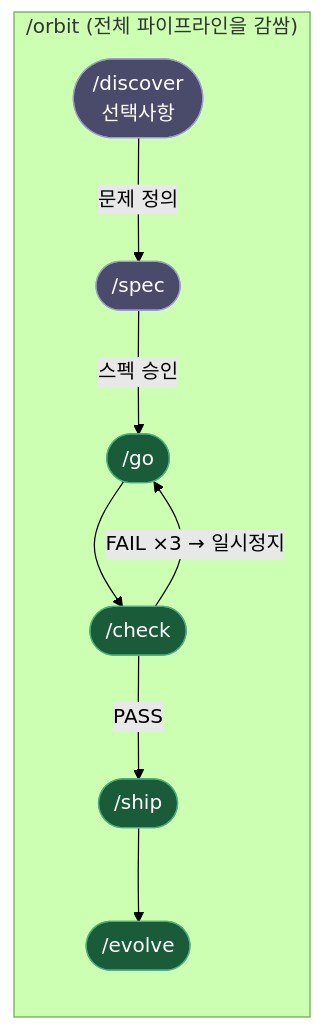
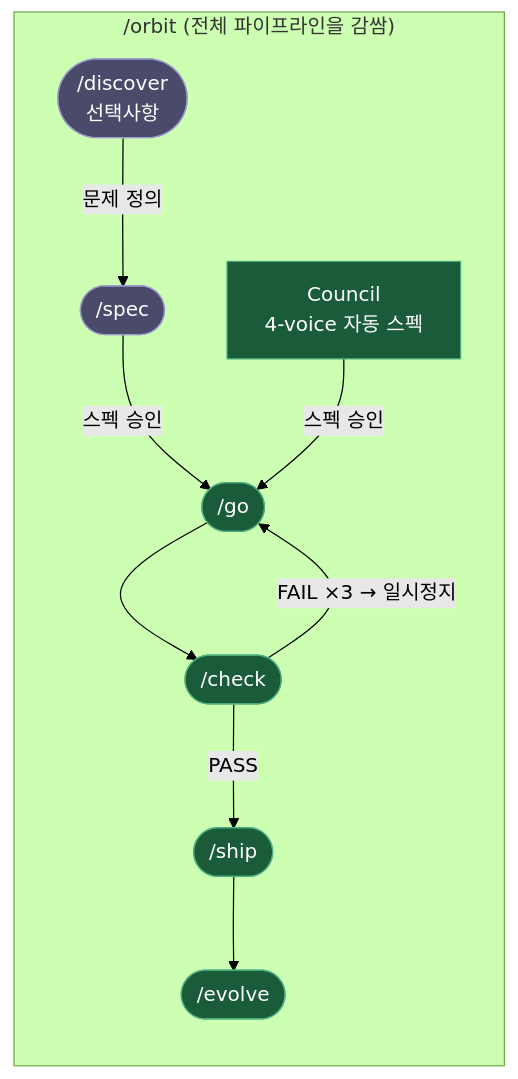
One commit to epicsagas/epic-harness changed the third of 3 diagrams in i18n/ko/README.md. Above: the diagram before and after it, drawn with Mermaid (forest theme). The commit also changed other lines of this file and 1 other file, not shown here.

Commit message:
docs: add council node to pipeline overview diagram

````diff
--- a/i18n/ko/README.md
+++ b/i18n/ko/README.md
@@ -190,22 +190,25 @@
 ```mermaid
 flowchart TD
     subgraph orbit["  /orbit  (전체 파이프라인을 감쌈)  "]
         direction TD
         D(["/discover\n선택사항"]):::manual
         S(["/spec"]):::manual
         G(["/go"]):::auto
         C(["/check"]):::auto
         SH(["/ship"]):::auto
         EV(["/evolve"]):::auto
 
+        CL["Council\n4-voice 자동 스펙"]:::auto
+
         D -->|문제 정의| S
         S -->|스펙 승인| G
+        CL -->|스펙 승인| G
         G --> C
         C -->|PASS| SH
         C -->|"FAIL ×3 → 일시정지"| G
         SH --> EV
     end
 
     classDef manual fill:#4a4a6a,stroke:#9b9bcc,color:#fff
     classDef auto   fill:#1a5c3a,stroke:#4caf7d,color:#fff
 ```
````
